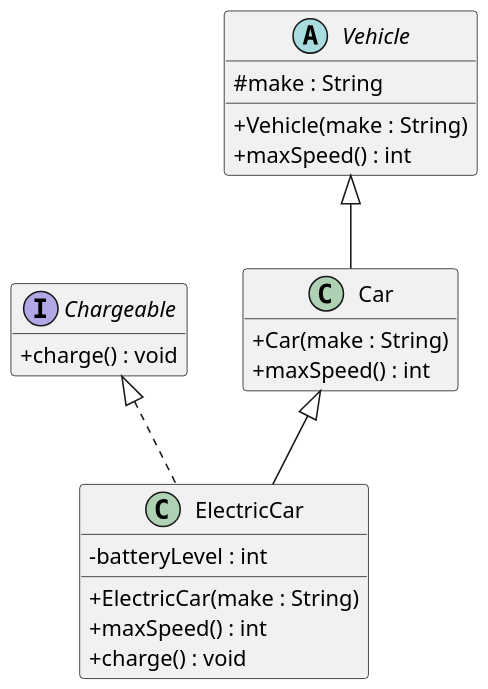
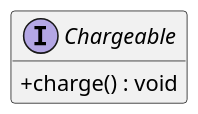
One commit to Cath-A/207-course-notes changed the diagram in plantuml/exercises/vehicles-uml-starter.puml. Above: the diagram before and after it, drawn with PlantUML.

Commit message:
Reset vehicles question

```diff
--- a/plantuml/exercises/vehicles-uml-starter.puml
+++ b/plantuml/exercises/vehicles-uml-starter.puml
@@ -1,32 +1,29 @@
 @startuml
 skinparam dpi 150
 skinparam classAttributeIconSize 0
 hide empty members
 
+' Your task (Chapter 3, Question 2): draw the UML class diagram for the
+' Vehicle / Car / ElectricCar / Chargeable code.
+'
+' Define each type as a box, then connect them with the right arrows. One box
+' (Chargeable) is filled in as an example — complete the other three and add the
+' relationships.
+'
+' PlantUML cheat-sheet:
+'   interface Name { + method() : Type }
+'   abstract class Name { # field : Type }
+'   class Name { - field : Type }
+'   Parent    <|-- Child    ' generalization: Child extends Parent
+'   Interface <|.. Class    ' realization:    Class implements Interface
+' (Putting the parent/interface on the LEFT of the arrow keeps it on top.)
+
 interface Chargeable {
-    + charge() : void
+  + charge() : void
 }
 
-abstract class Vehicle {
-    # make : String
-    + Vehicle(make : String)
-    + maxSpeed() : int
-}
-
-class Car {
-    + Car(make : String)
-    + maxSpeed() : int
-}
-
-class ElectricCar {
-    - batteryLevel : int
-    + ElectricCar(make : String)
-    + maxSpeed() : int
-    + charge() : void
-}
-
-Vehicle <|-- Car
-Car <|-- ElectricCar
-Chargeable <|.. ElectricCar
+' TODO: add "abstract class Vehicle", "class Car", and "class ElectricCar"
+'       (with their fields and methods), then add the arrows between all four
+'       types.
 
 @enduml
```
